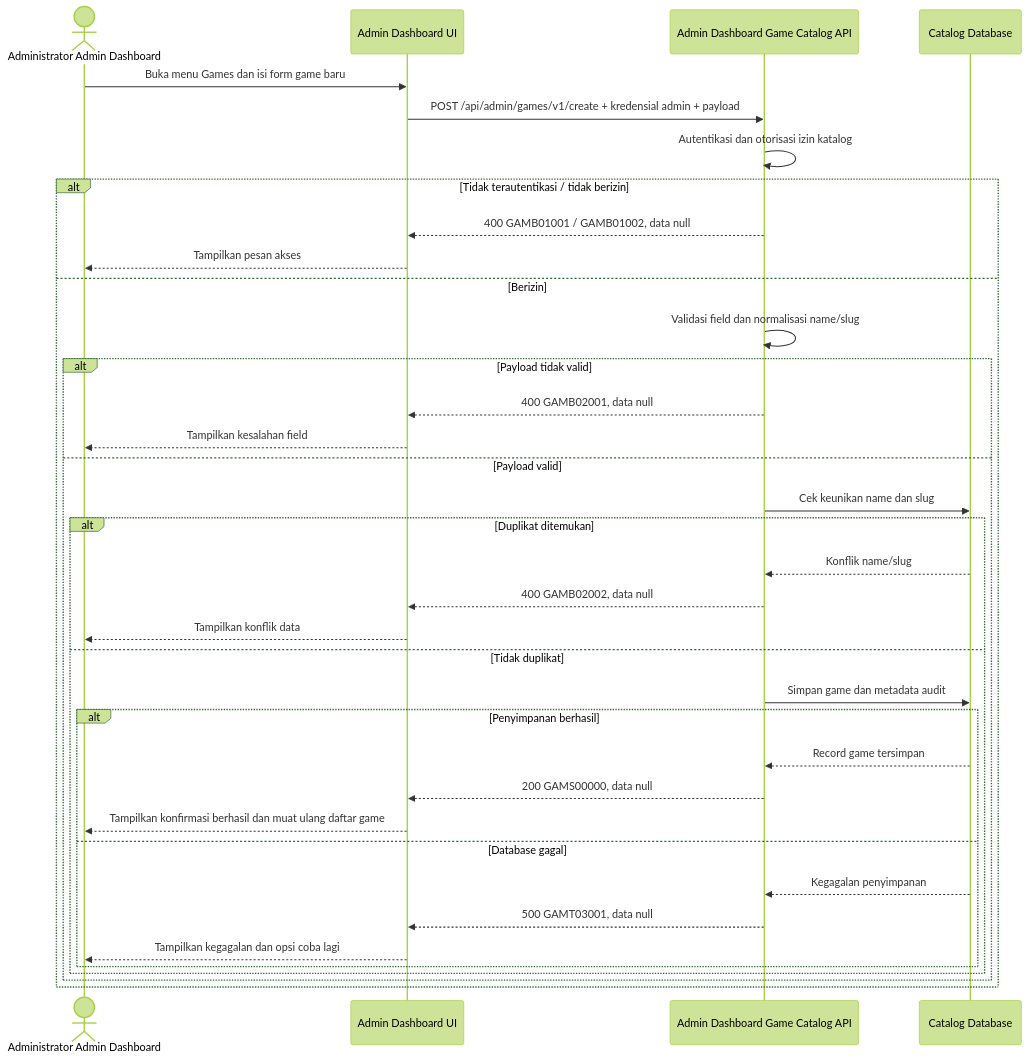
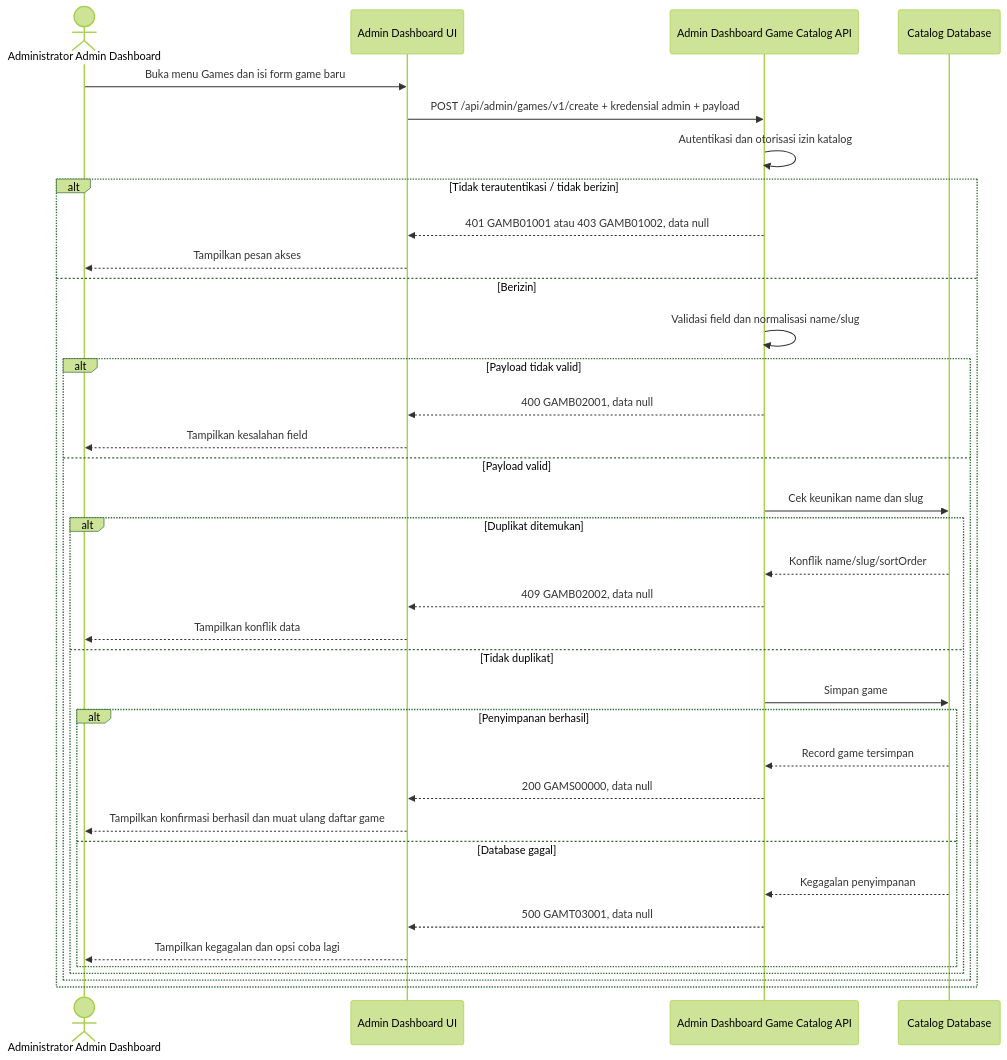
The diagram in sprint-1/solutioning/dashboard/games/create-game.md (fatihmuhamadridho/docs-game-service-platform), drawn with Mermaid (forest theme) before and after one commit. The commit also changed other lines of this file and 32 other files, not shown here.

````diff
--- a/sprint-1/solutioning/dashboard/games/create-game.md
+++ b/sprint-1/solutioning/dashboard/games/create-game.md
@@ -14,38 +14,38 @@
 ```mermaid
 sequenceDiagram
     actor Admin as Administrator Admin Dashboard
     participant UI as Admin Dashboard UI
     participant API as Admin Dashboard Game Catalog API
     participant DB as Catalog Database
     Admin->>UI: Buka menu Games dan isi form game baru
     UI->>API: POST /api/admin/games/v1/create + kredensial admin + payload
     API->>API: Autentikasi dan otorisasi izin katalog
     alt Tidak terautentikasi / tidak berizin
-        API-->>UI: 400 GAMB01001 / GAMB01002, data null
+        API-->>UI: 401 GAMB01001 atau 403 GAMB01002, data null
         UI-->>Admin: Tampilkan pesan akses
     else Berizin
         API->>API: Validasi field dan normalisasi name/slug
         alt Payload tidak valid
             API-->>UI: 400 GAMB02001, data null
             UI-->>Admin: Tampilkan kesalahan field
         else Payload valid
             API->>DB: Cek keunikan name dan slug
             alt Duplikat ditemukan
-                DB-->>API: Konflik name/slug
-                API-->>UI: 400 GAMB02002, data null
+                DB-->>API: Konflik name/slug/sortOrder
+                API-->>UI: 409 GAMB02002, data null
                 UI-->>Admin: Tampilkan konflik data
             else Tidak duplikat
-                API->>DB: Simpan game dan metadata audit
+                API->>DB: Simpan game
                 alt Penyimpanan berhasil
                     DB-->>API: Record game tersimpan
                     API-->>UI: 200 GAMS00000, data null
                     UI-->>Admin: Tampilkan konfirmasi berhasil dan muat ulang daftar game
                 else Database gagal
                     DB-->>API: Kegagalan penyimpanan
                     API-->>UI: 500 GAMT03001, data null
                     UI-->>Admin: Tampilkan kegagalan dan opsi coba lagi
                 end
             end
         end
     end
 ```
````
